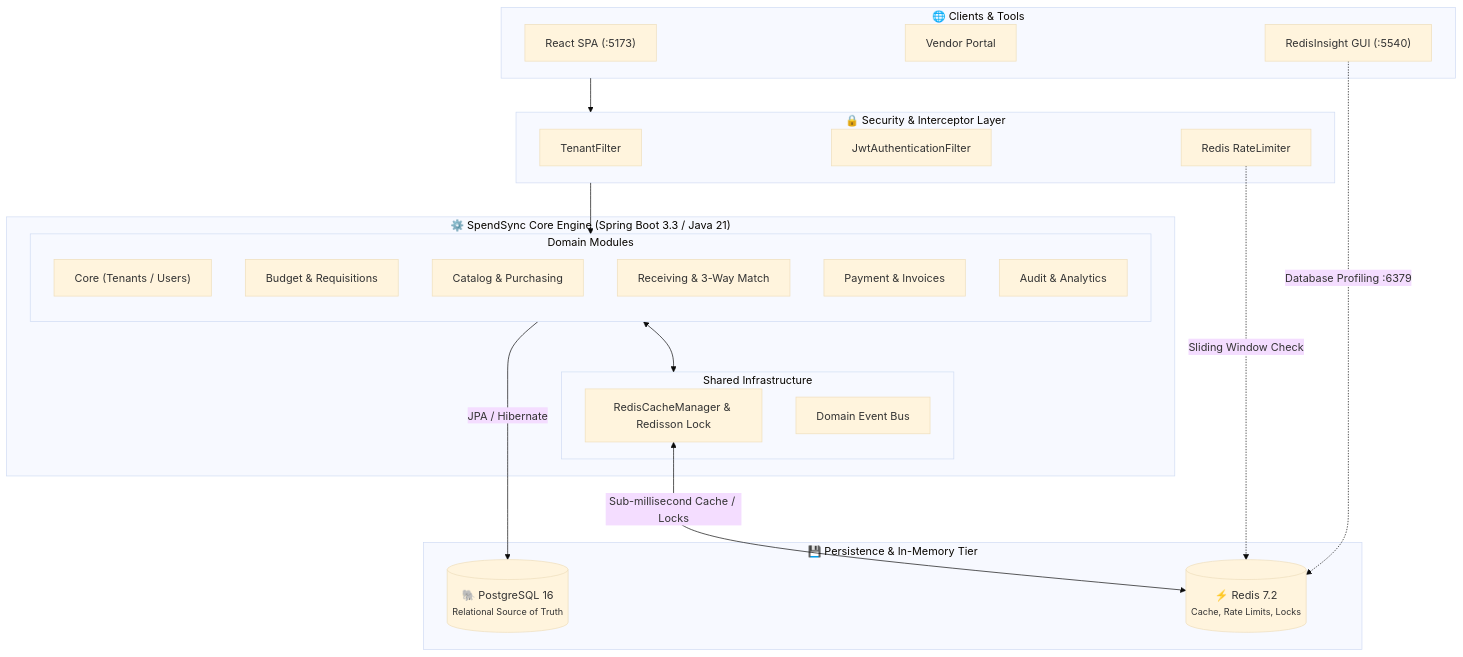
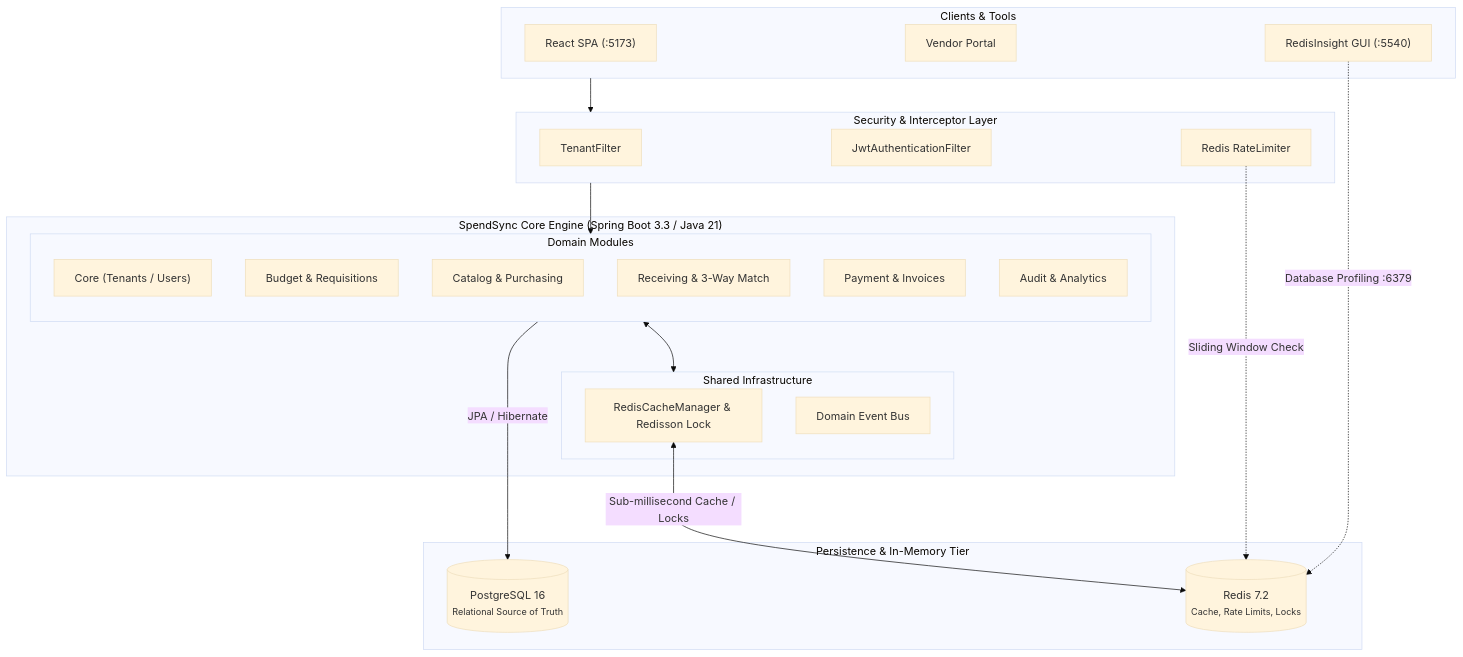
One commit to doguhanniltextra/spend-sync changed the first of 2 diagrams in README.md. Above: the diagram before and after it, drawn with Mermaid (base theme). The commit also changed other lines of this file and 1 other file, not shown here.

````diff
--- a/README.md
+++ b/README.md
@@ -21,44 +21,44 @@
 ```mermaid
 graph TB
-    subgraph Clients["🌐 Clients & Tools"]
+    subgraph Clients["Clients & Tools"]
         SPA["React SPA (:5173)"]
         VP["Vendor Portal"]
         INSIGHT["RedisInsight GUI (:5540)"]
     end
 
-    subgraph Security["🔒 Security & Interceptor Layer"]
+    subgraph Security["Security & Interceptor Layer"]
         TF["TenantFilter"]
         AUTH["JwtAuthenticationFilter"]
         RATE["Redis RateLimiter"]
     end
 
-    subgraph Monolith["⚙️ SpendSync Core Engine (Spring Boot 3.3 / Java 21)"]
+    subgraph Monolith["SpendSync Core Engine (Spring Boot 3.3 / Java 21)"]
         subgraph DomainModules["Domain Modules"]
             direction TB
             M_CORE["Core (Tenants / Users)"]
             M_BGT["Budget & Requisitions"]
             M_CAT["Catalog & Purchasing"]
             M_RCV["Receiving & 3-Way Match"]
             M_PAY["Payment & Invoices"]
             M_GOV["Audit & Analytics"]
         end
 
         subgraph Infra["Shared Infrastructure"]
             CACHE_MGR["RedisCacheManager & Redisson Lock"]
             EVENT_BUS["Domain Event Bus"]
         end
     end
 
-    subgraph Storage["💾 Persistence & In-Memory Tier"]
-        DB[("🐘 PostgreSQL 16<br/><small>Relational Source of Truth</small>")]
-        REDIS[("⚡ Redis 7.2<br/><small>Cache, Rate Limits, Locks</small>")]
+    subgraph Storage["Persistence & In-Memory Tier"]
+        DB[("PostgreSQL 16<br/><small>Relational Source of Truth</small>")]
+        REDIS[("Redis 7.2<br/><small>Cache, Rate Limits, Locks</small>")]
     end
 
     Clients --> Security
     Security --> DomainModules
     RATE -.->|Sliding Window Check| REDIS
     DomainModules <--> Infra
     DomainModules -->|JPA / Hibernate| DB
     CACHE_MGR <-->|Sub-millisecond Cache / Locks| REDIS
     INSIGHT -.->|Database Profiling :6379| REDIS
 ```
````
